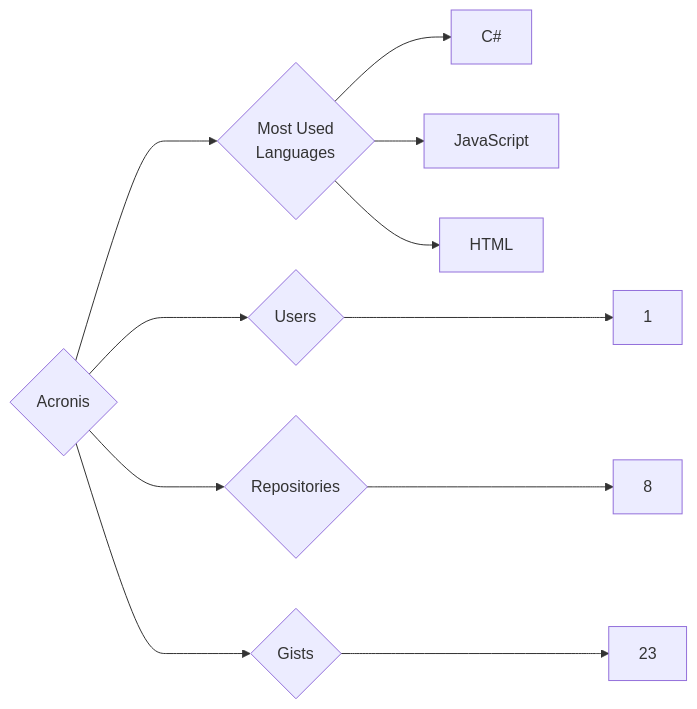
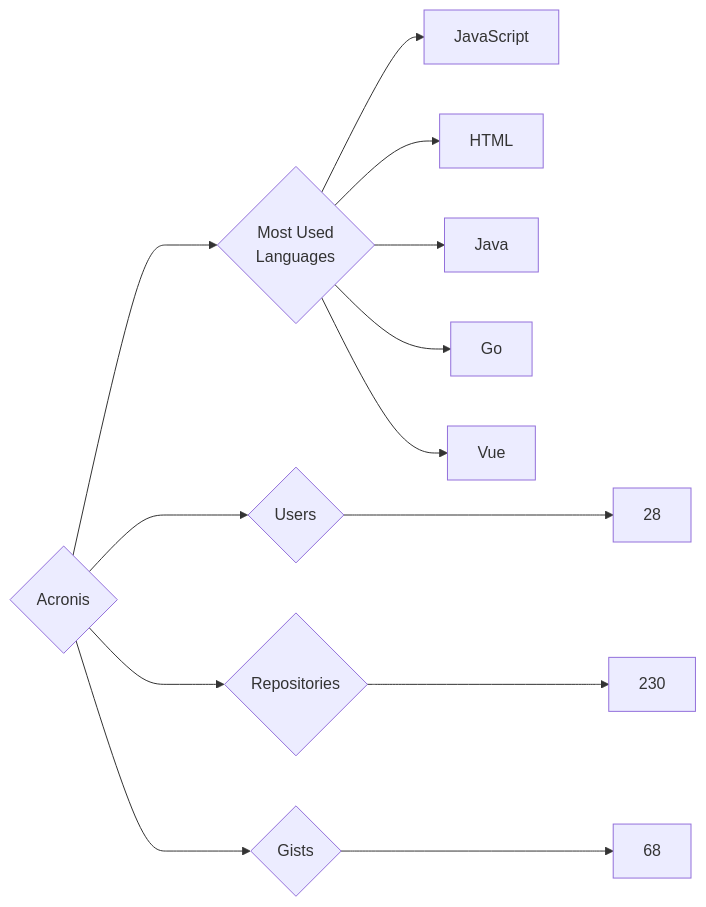
Before and after one commit to trickest/insiders: the diagram in targets/Acronis/README.md, drawn with Mermaid. The commit also changed 899 other files, not shown here.

````diff
--- a/targets/Acronis/README.md
+++ b/targets/Acronis/README.md
@@ -3,11 +3,13 @@
 ```mermaid
 graph LR
 COMPANY_NAME{Acronis}
-COMPANY_NAME ---> U{Users} ---> UN[1]
-COMPANY_NAME ---> R{Repositories} ---> RN[8]
-COMPANY_NAME ---> G{Gists} ---> GN[23]
+COMPANY_NAME ---> U{Users} ---> UN[28]
+COMPANY_NAME ---> R{Repositories} ---> RN[230]
+COMPANY_NAME ---> G{Gists} ---> GN[68]
 COMPANY_NAME ---> ML{Most Used<br>Languages}
-ML --> C#[C#]
 ML --> JavaScript[JavaScript]
 ML --> HTML[HTML]
+ML --> Java[Java]
+ML --> Go[Go]
+ML --> Vue[Vue]
 ```
````
